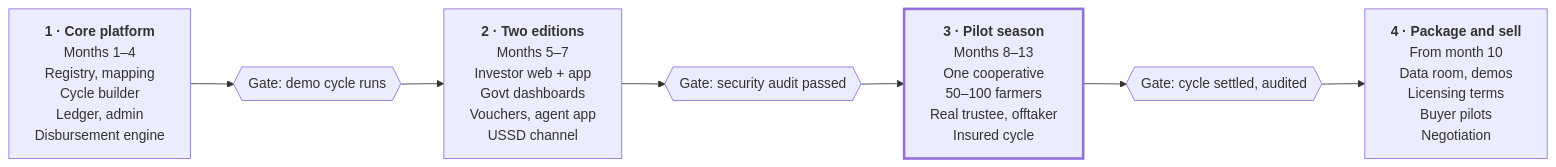
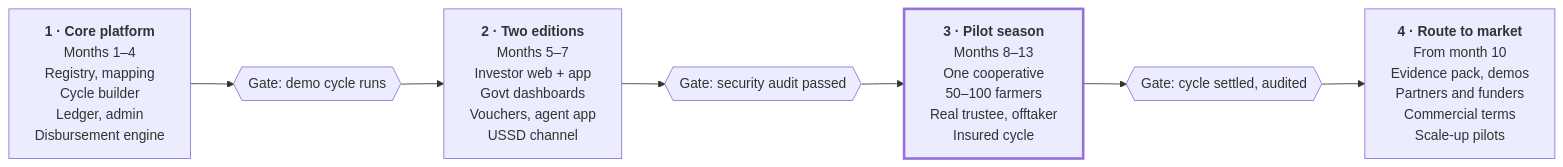
The second of 2 diagrams in docs/agrowth-2.0-concept.md (ayonitemi-adewole/agrowth), drawn with Mermaid before and after one commit. The commit also changed other lines of this file and 3 other files, not shown here.

````diff
--- a/docs/agrowth-2.0-concept.md
+++ b/docs/agrowth-2.0-concept.md
@@ -234,12 +234,12 @@
 ```mermaid
 flowchart LR
     P1["<b>1 · Core platform</b><br/>Months 1–4<br/>Registry, mapping<br/>Cycle builder<br/>Ledger, admin<br/>Disbursement engine"]
     G1{{"Gate: demo cycle runs"}}
     P2["<b>2 · Two editions</b><br/>Months 5–7<br/>Investor web + app<br/>Govt dashboards<br/>Vouchers, agent app<br/>USSD channel"]
     G2{{"Gate: security audit passed"}}
     P3["<b>3 · Pilot season</b><br/>Months 8–13<br/>One cooperative<br/>50–100 farmers<br/>Real trustee, offtaker<br/>Insured cycle"]
     G3{{"Gate: cycle settled, audited"}}
-    P4["<b>4 · Package and sell</b><br/>From month 10<br/>Data room, demos<br/>Licensing terms<br/>Buyer pilots<br/>Negotiation"]
+    P4["<b>4 · Route to market</b><br/>From month 10<br/>Evidence pack, demos<br/>Partners and funders<br/>Commercial terms<br/>Scale-up pilots"]
     P1 --> G1 --> P2 --> G2 --> P3 --> G3 --> P4
     style P3 stroke-width:3px
 ```
````
